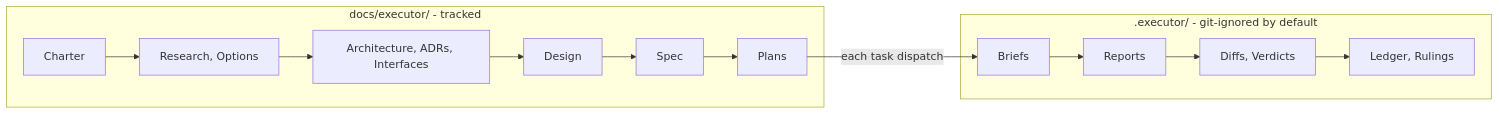
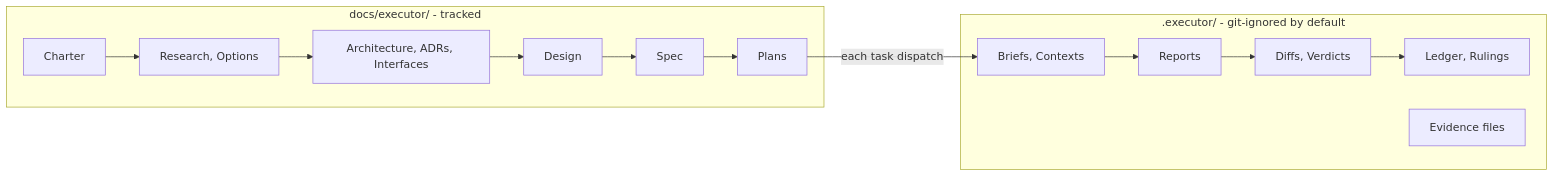
Before and after one commit to Atri10/executor: the second of 2 diagrams in README.md, drawn with Mermaid. The commit also changed other lines of this file, not shown here.

````diff
--- a/README.md
+++ b/README.md
@@ -55,20 +170,21 @@
 ```mermaid
 flowchart LR
     subgraph THINK["docs/executor/ - tracked"]
         C["Charter"] --> R["Research, Options"]
         R --> A["Architecture, ADRs, Interfaces"]
         A --> D["Design"]
         D --> S["Spec"]
         S --> P["Plans"]
     end
     subgraph EXEC[".executor/ - git-ignored by default"]
         L["Ledger, Rulings"]
-        B["Briefs"]
+        B["Briefs, Contexts"]
         RP["Reports"]
         V["Diffs, Verdicts"]
+        EV["Evidence files"]
     end
     P -->|"each task dispatch"| B
     B --> RP
     RP --> V
     V --> L
 ```
````
